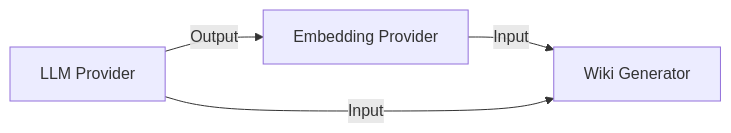
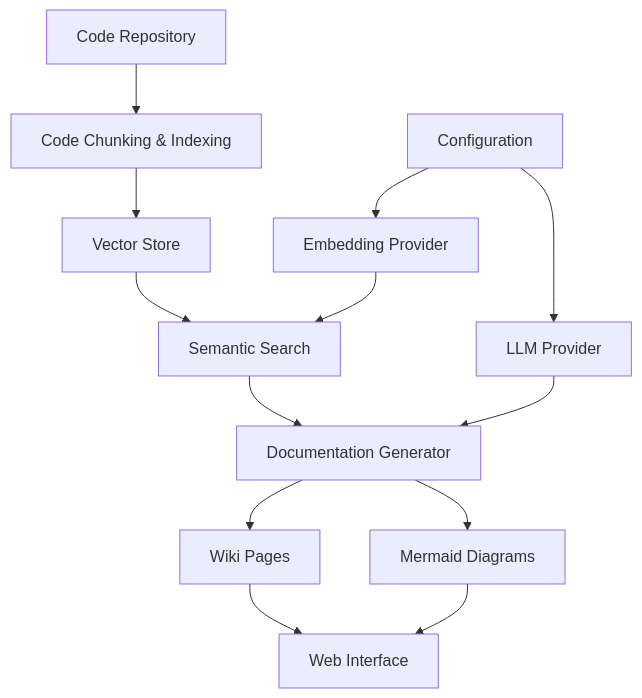
The first of 2 diagrams in .deepwiki/architecture.md (UrbanDiver/local-deepwiki-mcp), drawn with Mermaid before and after one commit. The commit also changed other lines of this file and 27 other files, not shown here.

````diff
--- a/.deepwiki/architecture.md
+++ b/.deepwiki/architecture.md
@@ -69,6 +55,15 @@
 ```mermaid
-graph LR
-    A[LLM Provider] -->|Output| B[Embedding Provider]
-    B -->|Input| C[Wiki Generator]
-    A -->|Input| C
+graph TD
+    A[Code Repository] --> B[Code Chunking & Indexing]
+    B --> C[Vector Store]
+    C --> D[Semantic Search]
+    D --> E[Documentation Generator]
+    E --> F[Mermaid Diagrams]
+    E --> G[Wiki Pages]
+    G --> H[Web Interface]
+    F --> H
+    I[Configuration] --> J[LLM Provider]
+    I --> K[Embedding Provider]
+    J --> E
+    K --> D
 ```
````
